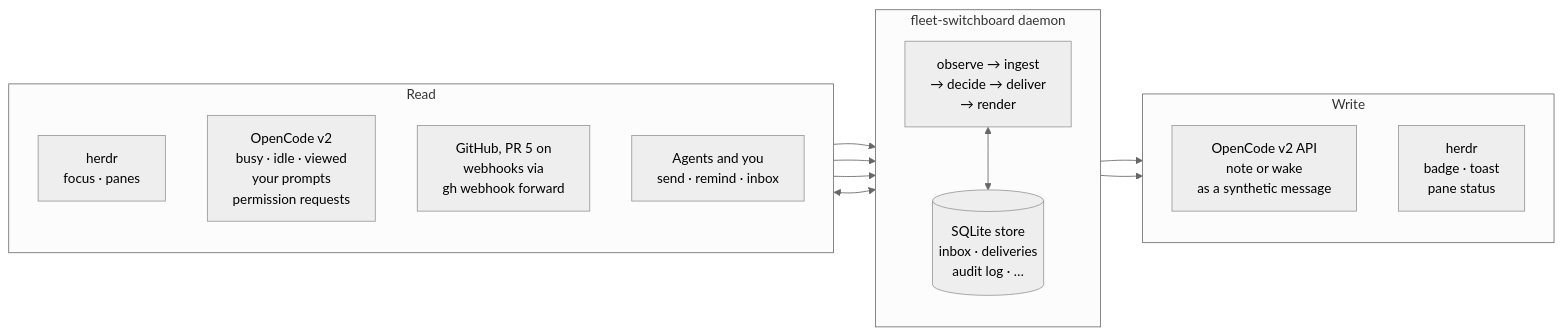
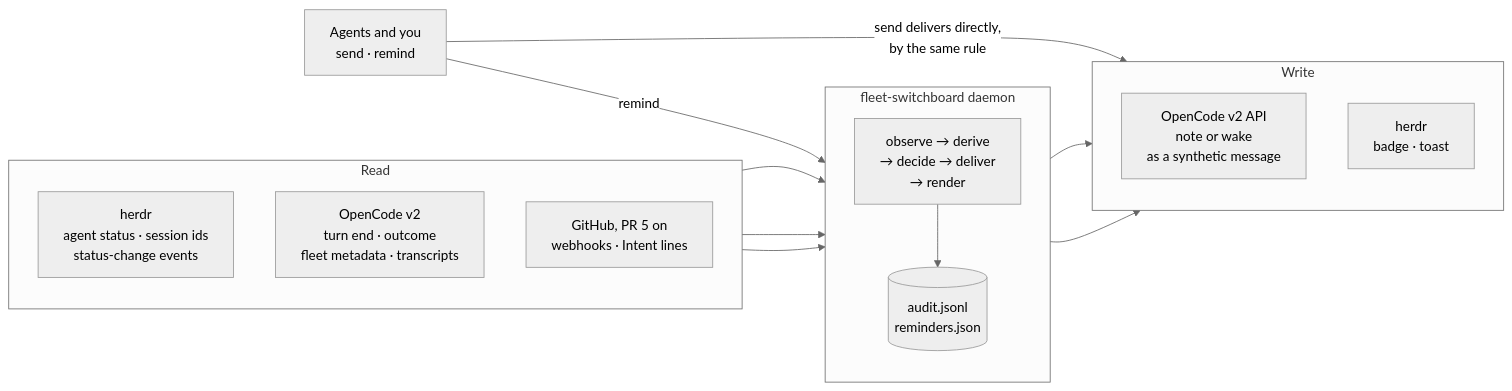
One commit to adamkaplan/fleet-kit changed the third of 11 diagrams in docs/switchboard.md. Above: the diagram before and after it, drawn with Mermaid (neutral theme). The commit also changed other lines of this file, not shown here.

First line of the commit message:
docs: switchboard: status from herdr, derived state, intent lines

````diff
--- a/docs/switchboard.md
+++ b/docs/switchboard.md
@@ -94,27 +111,28 @@
 ```mermaid
 flowchart LR
   subgraph inputs["Read"]
     direction TB
-    herdr_in["herdr<br/>focus · panes"]
-    oc_in["OpenCode v2<br/>busy · idle · viewed<br/>your prompts<br/>permission requests"]
-    gh_in["GitHub, PR 5 on<br/>webhooks via<br/>gh webhook forward"]
-    cli_in["Agents and you<br/>send · remind · inbox"]
+    herdr_in["herdr<br/>agent status · session ids<br/>status-change events"]
+    oc_in["OpenCode v2<br/>turn end · outcome<br/>fleet metadata · transcripts"]
+    gh_in["GitHub, PR 5 on<br/>webhooks · Intent lines"]
   end
   subgraph daemon["fleet-switchboard daemon"]
     direction TB
-    loop["observe → ingest<br/>→ decide → deliver<br/>→ render"]
-    store[("SQLite store<br/>inbox · deliveries<br/>audit log · …")]
-    loop <--> store
+    loop["observe → derive<br/>→ decide → deliver<br/>→ render"]
+    files[("audit.jsonl<br/>reminders.json")]
+    loop --> files
   end
   subgraph outputs["Write"]
     direction TB
     oc_out["OpenCode v2 API<br/>note or wake<br/>as a synthetic message"]
-    herdr_out["herdr<br/>badge · toast<br/>pane status"]
+    herdr_out["herdr<br/>badge · toast"]
   end
+  cli["Agents and you<br/>send · remind"]
   herdr_in --> loop
   oc_in --> loop
   gh_in --> loop
-  cli_in <--> store
   loop --> oc_out
   loop --> herdr_out
+  cli -- "send delivers directly,<br/>by the same rule" --> oc_out
+  cli -- "remind" --> files
 ```
````
